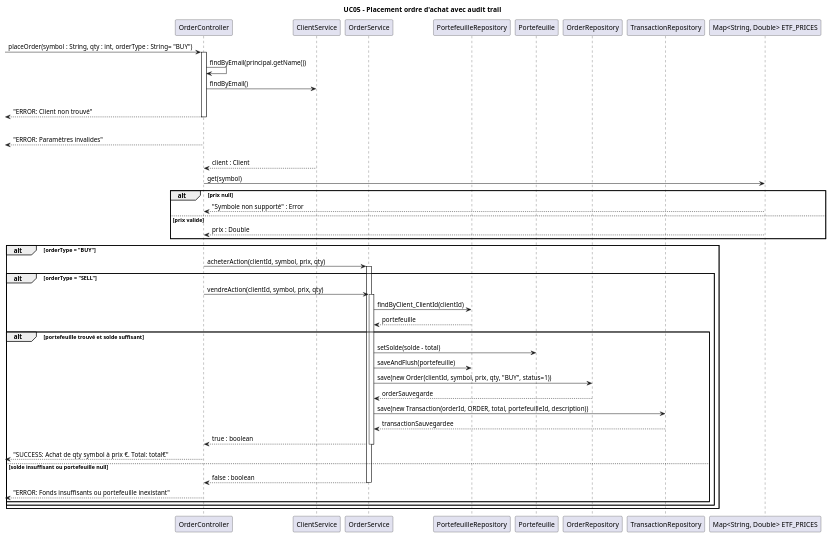
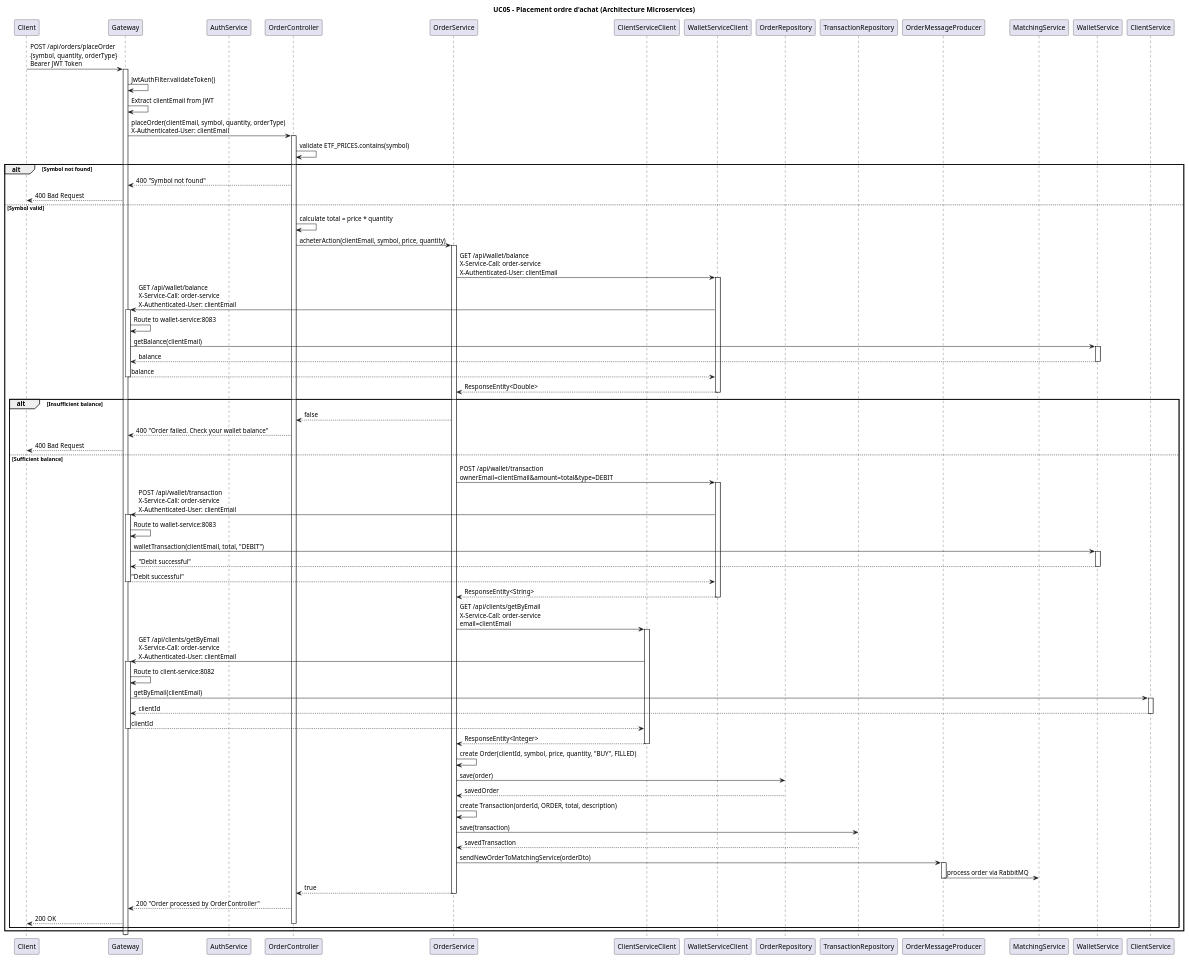
The diagram in docs/views/rdcu_uc05_achat_action.puml (primika27/BrokerX-phase2-micorservices-), drawn with PlantUML before and after one commit. The commit also changed 47 other files, not shown here.

Commit message:
functional order matching+ diagrams added

```diff
--- a/docs/views/rdcu_uc05_achat_action.puml
+++ b/docs/views/rdcu_uc05_achat_action.puml
@@ -1,68 +1,102 @@
 @startuml rdcu_uc05_achat_action
-title UC05 - Placement ordre d'achat avec audit trail
+title UC05 - Placement ordre d'achat (Architecture Microservices)
 
-participant "OrderController" as Controller
-participant "ClientService" as ClientService
-participant "OrderService" as Service
-participant "PortefeuilleRepository" as PortefeuilleRepo
-participant "Portefeuille" as PortefeuilleEntity
+participant "Client" as Client
+participant "Gateway" as Gateway
+participant "AuthService" as Auth
+participant "OrderController" as OrderController
+participant "OrderService" as OrderService
+participant "ClientServiceClient" as ClientClient
+participant "WalletServiceClient" as WalletClient
 participant "OrderRepository" as OrderRepo
 participant "TransactionRepository" as TransactionRepo
-participant "Map<String, Double> ETF_PRICES" as Map
--> Controller : placeOrder(symbol : String, qty : int, orderType : String= "BUY")
-activate Controller
+participant "OrderMessageProducer" as RabbitMQ
+participant "MatchingService" as MatchingService
 
-Controller -> Controller : findByEmail(principal.getName())
-Controller -> ClientService : findByEmail()
+Client -> Gateway : POST /api/orders/placeOrder\n{symbol, quantity, orderType}\nBearer JWT Token
+activate Gateway
 
+Gateway -> Gateway : JwtAuthFilter.validateToken()
+Gateway -> Gateway : Extract clientEmail from JWT
+Gateway -> OrderController : placeOrder(clientEmail, symbol, quantity, orderType)\nX-Authenticated-User: clientEmail
+activate OrderController
 
-alt Client non trouvé
-    <-- Controller : "ERROR: Client non trouvé"
-    deactivate Controller
-
-alt quantité <= 0 ou symbole invalide
-    <-- Controller : "ERROR: Paramètres invalides"
-    deactivate Controller
-else Client trouvé
-    ClientService --> Controller : client : Client
-    Controller-> Map : get(symbol)
-
-    alt prix null
-        Map --> Controller : "Symbole non supporté" : Error
-    else prix valide
-        Map --> Controller : prix : Double
-    end
+OrderController -> OrderController : validate ETF_PRICES.contains(symbol)
+alt Symbol not found
+    OrderController --> Gateway : 400 "Symbol not found"
+    Gateway --> Client : 400 Bad Request
+else Symbol valid
+    OrderController -> OrderController : calculate total = price * quantity
+    OrderController -> OrderService : acheterAction(clientEmail, symbol, price, quantity)
+    activate OrderService
     
-    alt orderType = "BUY" 
-        Controller -> Service : acheterAction(clientId, symbol, prix, qty)
-        activate Service
-    alt orderType = "SELL"
-        Controller -> Service : vendreAction(clientId, symbol, prix, qty)
-        activate Service
+    OrderService -> WalletClient : GET /api/wallet/balance\nX-Service-Call: order-service\nX-Authenticated-User: clientEmail
+    activate WalletClient
+    WalletClient -> Gateway : GET /api/wallet/balance\nX-Service-Call: order-service\nX-Authenticated-User: clientEmail
+    activate Gateway
+    Gateway -> Gateway : Route to wallet-service:8083
+    Gateway -> WalletService : getBalance(clientEmail)
+    activate WalletService
+    WalletService --> Gateway : balance
+    deactivate WalletService
+    Gateway --> WalletClient : balance
+    deactivate Gateway
+    WalletClient --> OrderService : ResponseEntity<Double>
+    deactivate WalletClient
+    
+    alt Insufficient balance
+        OrderService --> OrderController : false
+        OrderController --> Gateway : 400 "Order failed. Check your wallet balance"
+        Gateway --> Client : 400 Bad Request
+    else Sufficient balance
+        OrderService -> WalletClient : POST /api/wallet/transaction\nownerEmail=clientEmail&amount=total&type=DEBIT
+        activate WalletClient
+        WalletClient -> Gateway : POST /api/wallet/transaction\nX-Service-Call: order-service\nX-Authenticated-User: clientEmail
+        activate Gateway
+        Gateway -> Gateway : Route to wallet-service:8083
+        Gateway -> WalletService : walletTransaction(clientEmail, total, "DEBIT")
+        activate WalletService
+        WalletService --> Gateway : "Debit successful"
+        deactivate WalletService
+        Gateway --> WalletClient : "Debit successful"
+        deactivate Gateway
+        WalletClient --> OrderService : ResponseEntity<String>
+        deactivate WalletClient
         
-        Service -> PortefeuilleRepo : findByClient_ClientId(clientId)
-        PortefeuilleRepo --> Service : portefeuille
+        OrderService -> ClientClient : GET /api/clients/getByEmail\nX-Service-Call: order-service\nemail=clientEmail
+        activate ClientClient
+        ClientClient -> Gateway : GET /api/clients/getByEmail\nX-Service-Call: order-service\nX-Authenticated-User: clientEmail
+        activate Gateway
+        Gateway -> Gateway : Route to client-service:8082
+        Gateway -> ClientService : getByEmail(clientEmail)
+        activate ClientService
+        ClientService --> Gateway : clientId
+        deactivate ClientService
+        Gateway --> ClientClient : clientId
+        deactivate Gateway
+        ClientClient --> OrderService : ResponseEntity<Integer>
+        deactivate ClientClient
         
-        alt portefeuille trouvé et solde suffisant
-            Service -> PortefeuilleEntity : setSolde(solde - total)
-            Service -> PortefeuilleRepo : saveAndFlush(portefeuille)
-            
-            Service -> OrderRepo : save(new Order(clientId, symbol, prix, qty, "BUY", status=1))
-            OrderRepo --> Service : orderSauvegarde
-            
-            Service -> TransactionRepo : save(new Transaction(orderId, ORDER, total, portefeuilleId, description))
-            TransactionRepo --> Service : transactionSauvegardee
-            
-            Service --> Controller : true : boolean 
-            deactivate Service
-            <-- Controller : "SUCCESS: Achat de qty symbol à prix €. Total: total€"
-        else solde insuffisant ou portefeuille null
-            Service --> Controller : false : boolean
-            deactivate Service
-            <-- Controller : "ERROR: Fonds insuffisants ou portefeuille inexistant"
-        end
+        OrderService -> OrderService : create Order(clientId, symbol, price, quantity, "BUY", FILLED)
+        OrderService -> OrderRepo : save(order)
+        OrderRepo --> OrderService : savedOrder
+        
+        OrderService -> OrderService : create Transaction(orderId, ORDER, total, description)
+        OrderService -> TransactionRepo : save(transaction)
+        TransactionRepo --> OrderService : savedTransaction
+        
+        OrderService -> RabbitMQ : sendNewOrderToMatchingService(orderDto)
+        activate RabbitMQ
+        RabbitMQ -> MatchingService : process order via RabbitMQ
+        deactivate RabbitMQ
+        
+        OrderService --> OrderController : true
+        deactivate OrderService
+        OrderController --> Gateway : 200 "Order processed by OrderController"
+        Gateway --> Client : 200 OK
+        deactivate OrderController
     end
 end
 
-deactivate Controller
+deactivate Gateway
 @enduml
```
